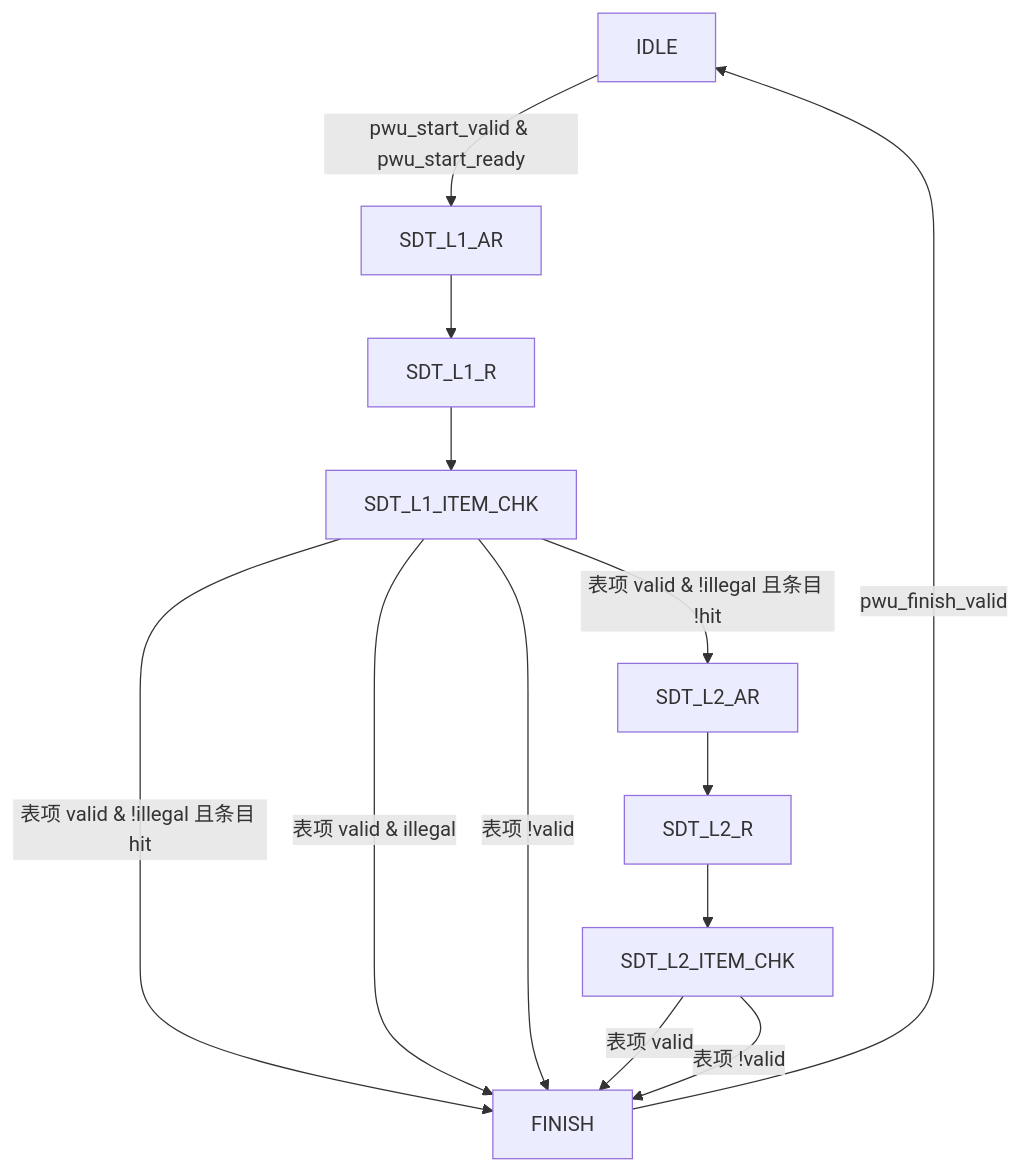
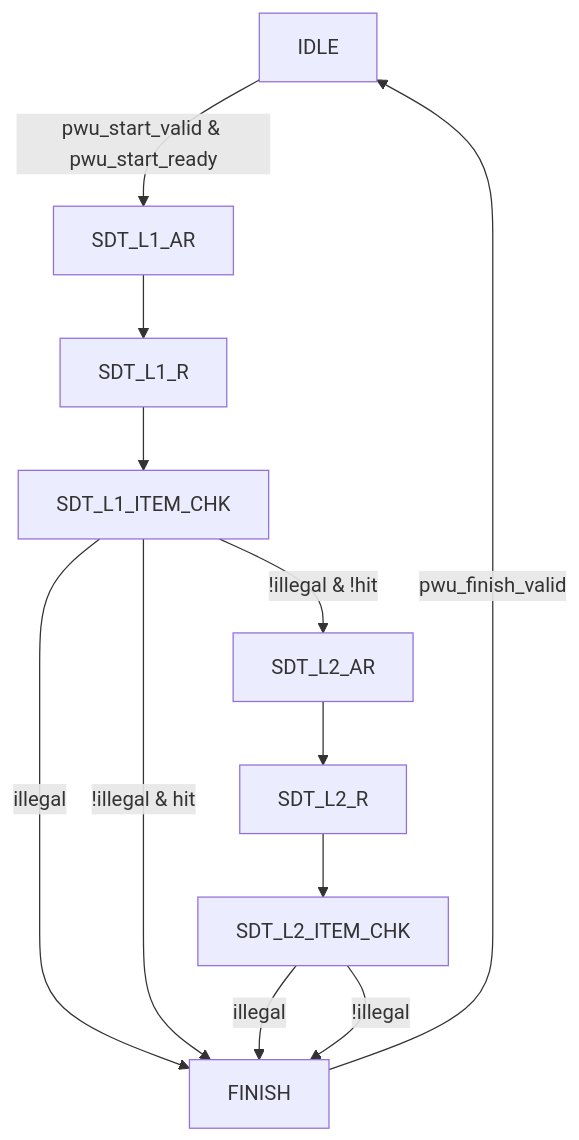
One commit to DuBirdFly/C1_SDecoder changed the sixth of 8 diagrams in doc/design_plan/SDecoder 设计方案 v1.0.md. Above: the diagram before and after it, drawn with Mermaid. The commit also changed other lines of this file, not shown here.

First line of the commit message:
docs(design): PTE 错误拆成 page_fault / malformed, SDPWU 统一用 illegal

````diff
--- a/doc/design_plan/SDecoder 设计方案 v1.0.md
+++ b/doc/design_plan/SDecoder 设计方案 v1.0.md
@@ -373,16 +394,15 @@
 ```mermaid
 flowchart TD
     IDLE
     IDLE -->|"pwu_start_valid & pwu_start_ready"| SDT_L1_AR
     SDT_L1_AR --> SDT_L1_R
     SDT_L1_R --> SDT_L1_ITEM_CHK
-    SDT_L1_ITEM_CHK -->|"表项 valid & !illegal 且条目 !hit"| SDT_L2_AR
-    SDT_L1_ITEM_CHK -->|"表项 valid & !illegal 且条目 hit"| FINISH
-    SDT_L1_ITEM_CHK -->|"表项 valid & illegal"| FINISH
-    SDT_L1_ITEM_CHK -->|"表项 !valid"| FINISH
+    SDT_L1_ITEM_CHK -->|"illegal"| FINISH
+    SDT_L1_ITEM_CHK -->|"!illegal & !hit"| SDT_L2_AR
+    SDT_L1_ITEM_CHK -->|"!illegal & hit"| FINISH
     SDT_L2_AR --> SDT_L2_R
     SDT_L2_R --> SDT_L2_ITEM_CHK
-    SDT_L2_ITEM_CHK -->|"表项 valid"| FINISH
-    SDT_L2_ITEM_CHK -->|"表项 !valid"| FINISH
+    SDT_L2_ITEM_CHK -->|"illegal"| FINISH
+    SDT_L2_ITEM_CHK -->|"!illegal"| FINISH
     FINISH -->|"pwu_finish_valid"| IDLE
 ```
````
